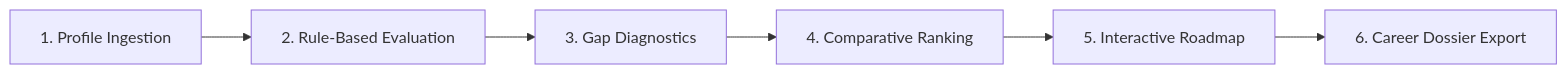
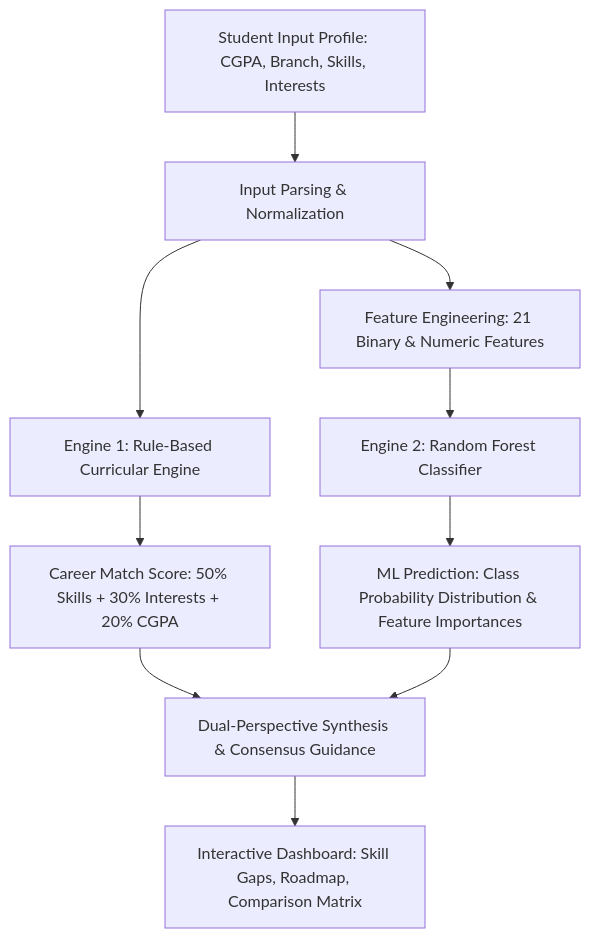
One commit to mannolaakhil3-lang/SMART-ACADEMIC-AND-CAREER-INTELLIGENCE-PLATFORM changed the diagram in README.md. Above: the diagram before and after it, drawn with Mermaid. The commit also changed other lines of this file and 13 other files, not shown here.

Commit message:
Update career intelligence platform with Random Forest ML

````diff
--- a/README.md
+++ b/README.md
@@ -69,8 +59,12 @@
 ```mermaid
-graph LR
-    A[1. Profile Ingestion] --> B[2. Rule-Based Evaluation]
-    B --> C[3. Gap Diagnostics]
-    C --> D[4. Comparative Ranking]
-    D --> E[5. Interactive Roadmap]
-    E --> F[6. Career Dossier Export]
+graph TD
+    A[Student Input Profile: CGPA, Branch, Skills, Interests] --> B[Input Parsing & Normalization]
+    B --> C[Engine 1: Rule-Based Curricular Engine]
+    B --> D[Feature Engineering: 21 Binary & Numeric Features]
+    D --> E[Engine 2: Random Forest Classifier]
+    C --> F[Career Match Score: 50% Skills + 30% Interests + 20% CGPA]
+    E --> G[ML Prediction: Class Probability Distribution & Feature Importances]
+    F --> H[Dual-Perspective Synthesis & Consensus Guidance]
+    G --> H
+    H --> I[Interactive Dashboard: Skill Gaps, Roadmap, Comparison Matrix]
 ```
````
